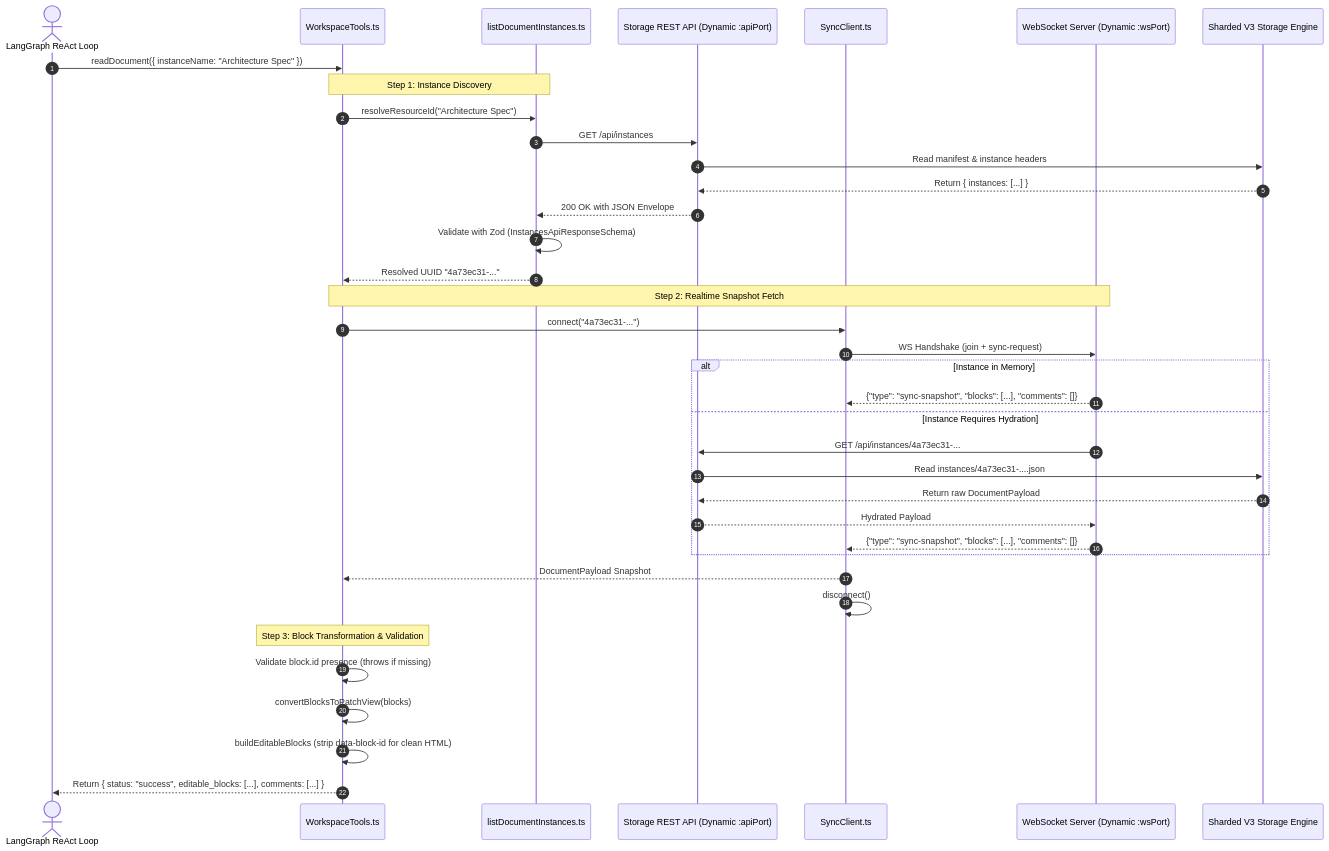
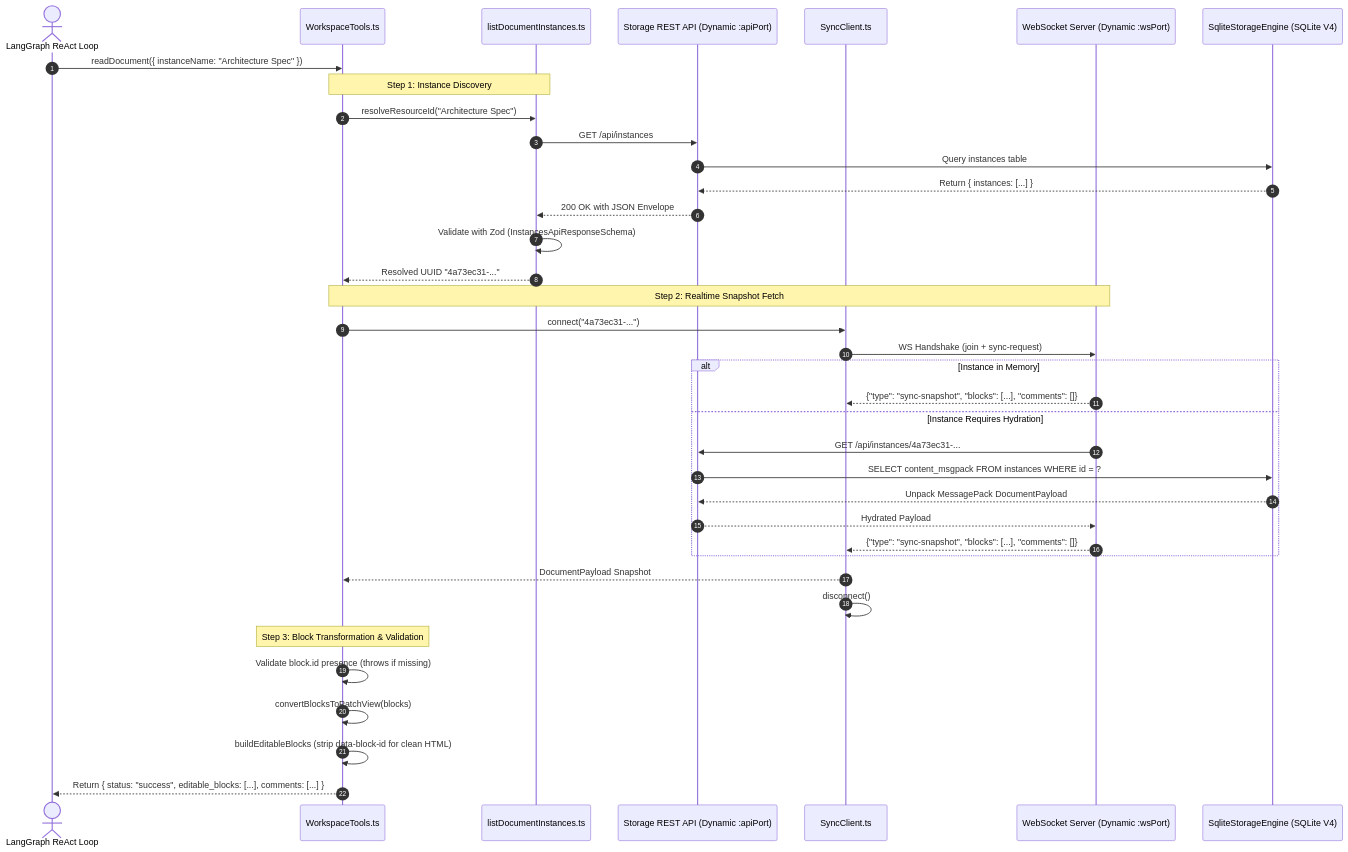
One commit to Goldwaterfung/Collaragent changed the second of 4 diagrams in docs/design-catalog/core-engine-wiring.md. Above: the diagram before and after it, drawn with Mermaid. The commit also changed other lines of this file and 90 other files, not shown here.

````diff
--- a/docs/design-catalog/core-engine-wiring.md
+++ b/docs/design-catalog/core-engine-wiring.md
@@ -93,46 +97,46 @@
 ```mermaid
 sequenceDiagram
     autonumber
     actor LLM as LangGraph ReAct Loop
     participant Tools as WorkspaceTools.ts
     participant wstools as listDocumentInstances.ts
     participant REST as Storage REST API (Dynamic :apiPort)
     participant SyncClient as SyncClient.ts
     participant WSServer as WebSocket Server (Dynamic :wsPort)
-    participant Storage as Sharded V3 Storage Engine
+    participant Storage as SqliteStorageEngine (SQLite V4)
 
     LLM->>Tools: readDocument({ instanceName: "Architecture Spec" })
-    
+
     Note over Tools,wstools: Step 1: Instance Discovery
     Tools->>wstools: resolveResourceId("Architecture Spec")
     wstools->>REST: GET /api/instances
-    REST->>Storage: Read manifest & instance headers
+    REST->>Storage: Query instances table
     Storage-->>REST: Return { instances: [...] }
     REST-->>wstools: 200 OK with JSON Envelope
     wstools->>wstools: Validate with Zod (InstancesApiResponseSchema)
     wstools-->>Tools: Resolved UUID "4a73ec31-..."
 
     Note over Tools,WSServer: Step 2: Realtime Snapshot Fetch
     Tools->>SyncClient: connect("4a73ec31-...")
     SyncClient->>WSServer: WS Handshake (join + sync-request)
-    
+
     alt Instance in Memory
         WSServer-->>SyncClient: {"type": "sync-snapshot", "blocks": [...], "comments": []}
     else Instance Requires Hydration
         WSServer->>REST: GET /api/instances/4a73ec31-...
-        REST->>Storage: Read instances/4a73ec31-....json
-        Storage-->>REST: Return raw DocumentPayload
+        REST->>Storage: SELECT content_msgpack FROM instances WHERE id = ?
+        Storage-->>REST: Unpack MessagePack DocumentPayload
         REST-->>WSServer: Hydrated Payload
         WSServer-->>SyncClient: {"type": "sync-snapshot", "blocks": [...], "comments": []}
     end
 
     SyncClient-->>Tools: DocumentPayload Snapshot
     SyncClient->>SyncClient: disconnect()
 
     Note over Tools: Step 3: Block Transformation & Validation
     Tools->>Tools: Validate block.id presence (throws if missing)
     Tools->>Tools: convertBlocksToPatchView(blocks)
     Tools->>Tools: buildEditableBlocks (strip data-block-id for clean HTML)
 
     Tools-->>LLM: Return { status: "success", editable_blocks: [...], comments: [...] }
 ```
````
